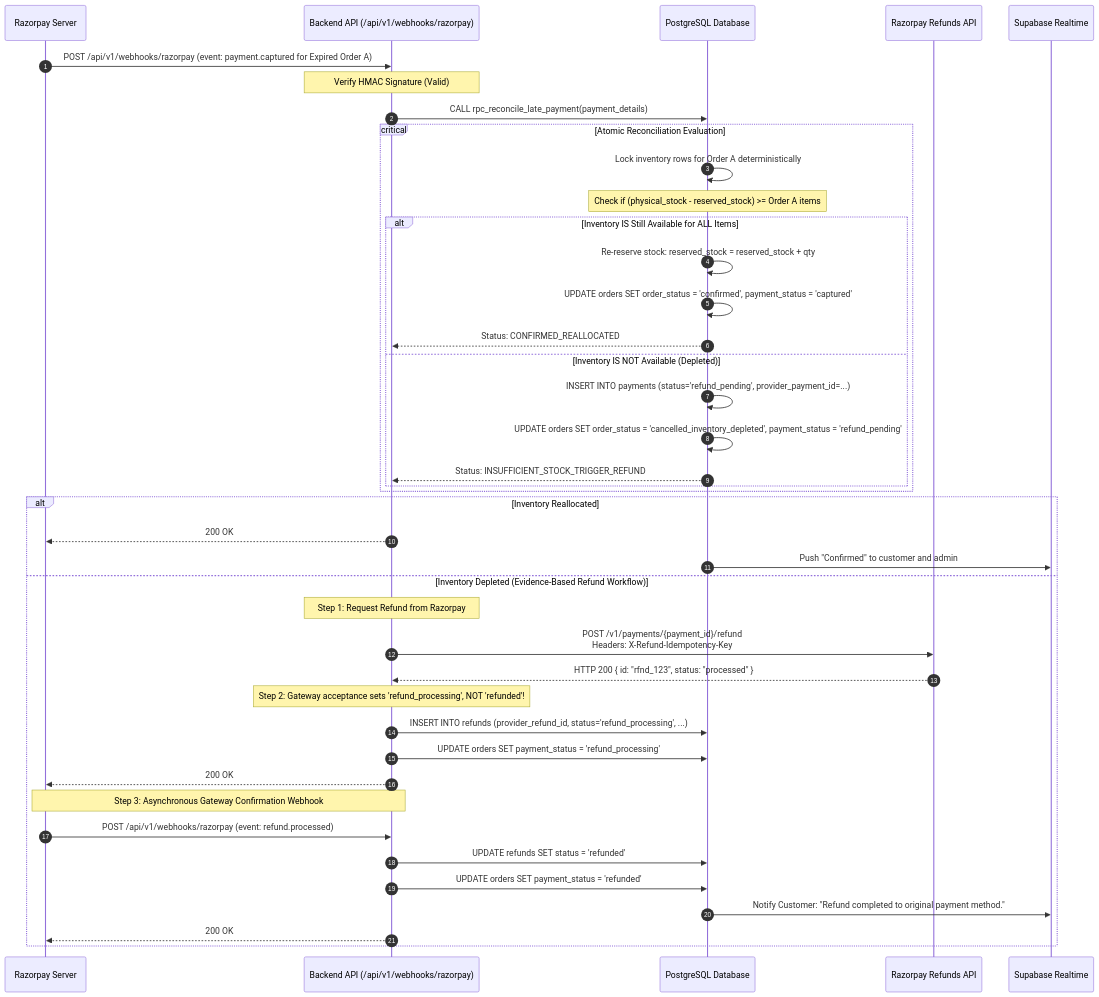
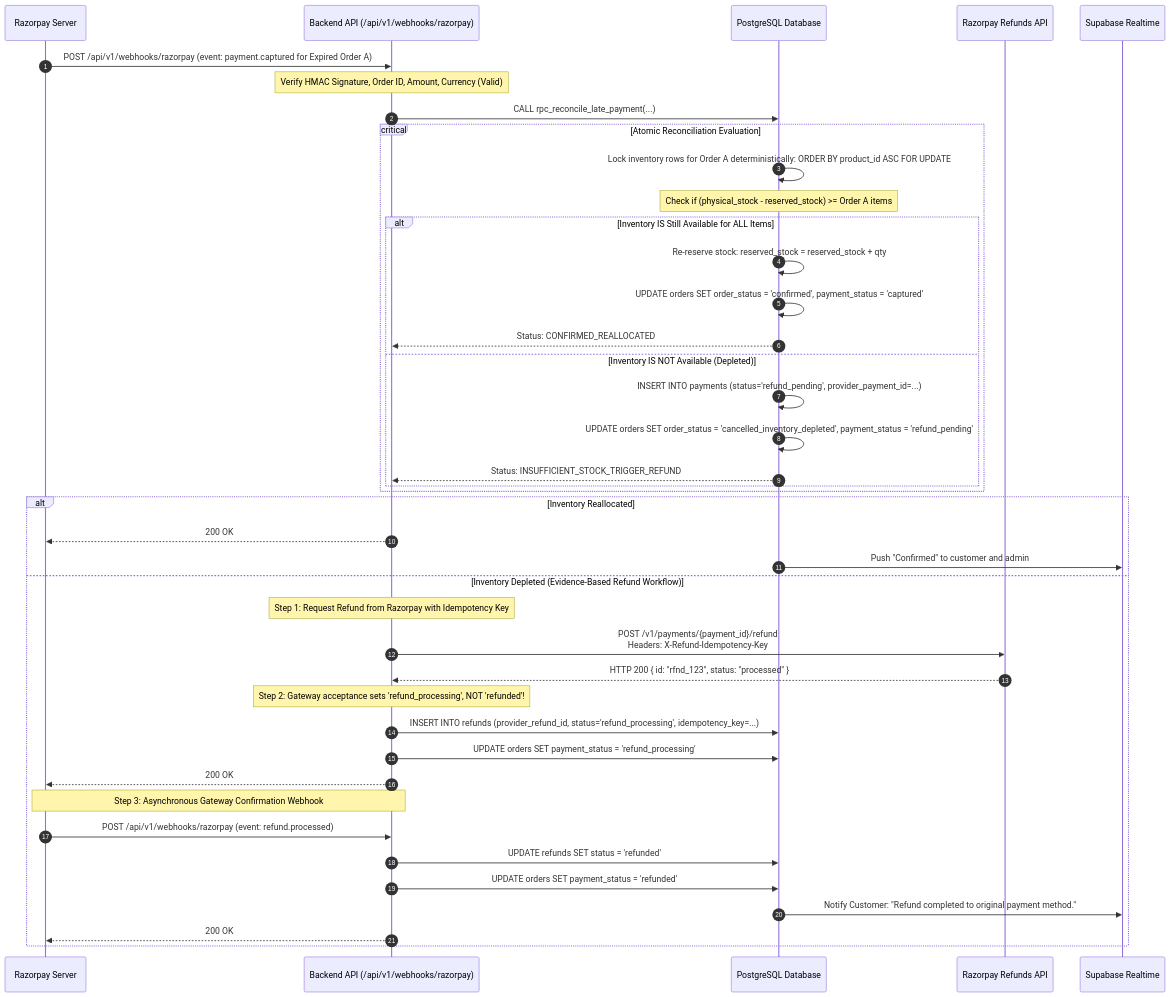
The fourth of 5 diagrams in docs/phase-0/SYSTEM_ARCHITECTURE.md (AbhinavKumar36/orange), drawn with Mermaid before and after one commit. The commit also changed other lines of this file and 9 other files, not shown here.

````diff
--- a/docs/phase-0/SYSTEM_ARCHITECTURE.md
+++ b/docs/phase-0/SYSTEM_ARCHITECTURE.md
@@ -269,48 +243,48 @@
 ```mermaid
 sequenceDiagram
     autonumber
     participant RP as Razorpay Server
     participant WebhookAPI as Backend API (/api/v1/webhooks/razorpay)
     participant DB as PostgreSQL Database
     participant RP_API as Razorpay Refunds API
     participant RT as Supabase Realtime
 
     RP->>WebhookAPI: POST /api/v1/webhooks/razorpay (event: payment.captured for Expired Order A)
-    Note over WebhookAPI: Verify HMAC Signature (Valid)
+    Note over WebhookAPI: Verify HMAC Signature, Order ID, Amount, Currency (Valid)
     
-    WebhookAPI->>DB: CALL rpc_reconcile_late_payment(payment_details)
+    WebhookAPI->>DB: CALL rpc_reconcile_late_payment(...)
     critical Atomic Reconciliation Evaluation
-        DB->>DB: Lock inventory rows for Order A deterministically
+        DB->>DB: Lock inventory rows for Order A deterministically: ORDER BY product_id ASC FOR UPDATE
         Note over DB: Check if (physical_stock - reserved_stock) >= Order A items
         alt Inventory IS Still Available for ALL Items
             DB->>DB: Re-reserve stock: reserved_stock = reserved_stock + qty
             DB->>DB: UPDATE orders SET order_status = 'confirmed', payment_status = 'captured'
             DB-->>WebhookAPI: Status: CONFIRMED_REALLOCATED
         else Inventory IS NOT Available (Depleted)
             DB->>DB: INSERT INTO payments (status='refund_pending', provider_payment_id=...)
             DB->>DB: UPDATE orders SET order_status = 'cancelled_inventory_depleted', payment_status = 'refund_pending'
             DB-->>WebhookAPI: Status: INSUFFICIENT_STOCK_TRIGGER_REFUND
         end
     end
 
     alt Inventory Reallocated
         WebhookAPI-->>RP: 200 OK
         DB->>RT: Push "Confirmed" to customer and admin
     else Inventory Depleted (Evidence-Based Refund Workflow)
-        Note over WebhookAPI: Step 1: Request Refund from Razorpay
+        Note over WebhookAPI: Step 1: Request Refund from Razorpay with Idempotency Key
         WebhookAPI->>RP_API: POST /v1/payments/{payment_id}/refund<br/>Headers: X-Refund-Idempotency-Key
         RP_API-->>WebhookAPI: HTTP 200 { id: "rfnd_123", status: "processed" }
         
         Note over WebhookAPI: Step 2: Gateway acceptance sets 'refund_processing', NOT 'refunded'!
-        WebhookAPI->>DB: INSERT INTO refunds (provider_refund_id, status='refund_processing', ...)
+        WebhookAPI->>DB: INSERT INTO refunds (provider_refund_id, status='refund_processing', idempotency_key=...)
         WebhookAPI->>DB: UPDATE orders SET payment_status = 'refund_processing'
         WebhookAPI-->>RP: 200 OK
 
         Note over RP,WebhookAPI: Step 3: Asynchronous Gateway Confirmation Webhook
         RP->>WebhookAPI: POST /api/v1/webhooks/razorpay (event: refund.processed)
         WebhookAPI->>DB: UPDATE refunds SET status = 'refunded'
         WebhookAPI->>DB: UPDATE orders SET payment_status = 'refunded'
         DB->>RT: Notify Customer: "Refund completed to original payment method."
         WebhookAPI-->>RP: 200 OK
     end
 ```
````
